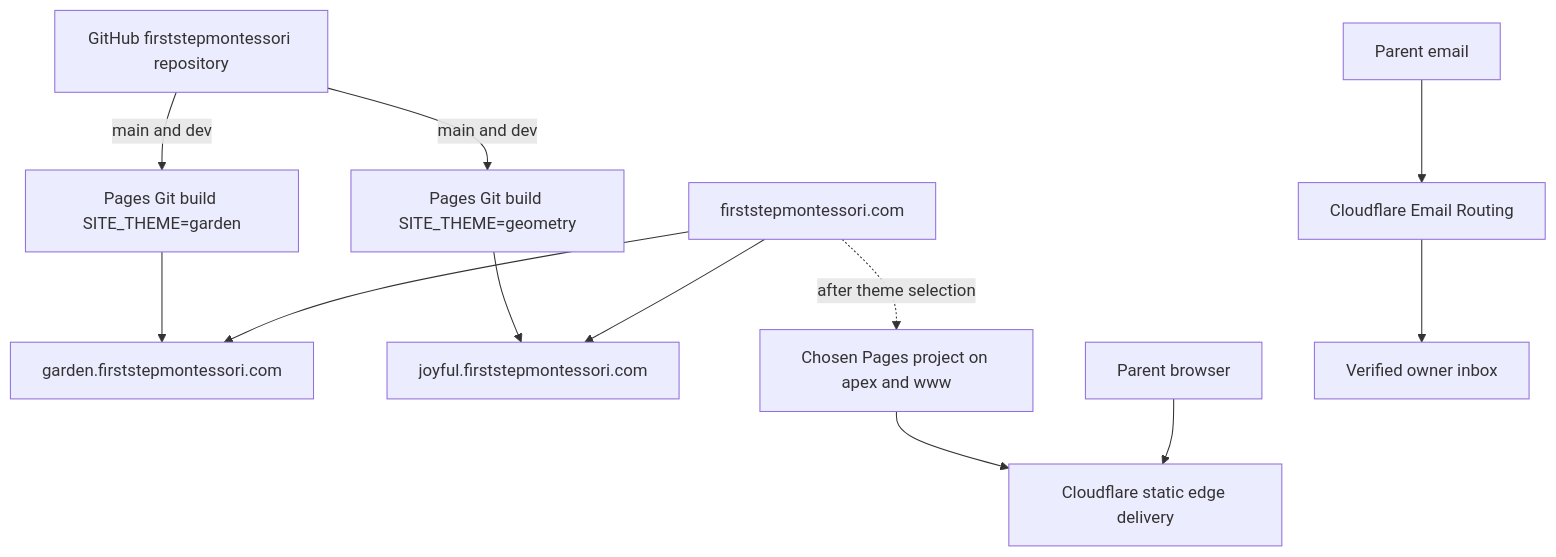
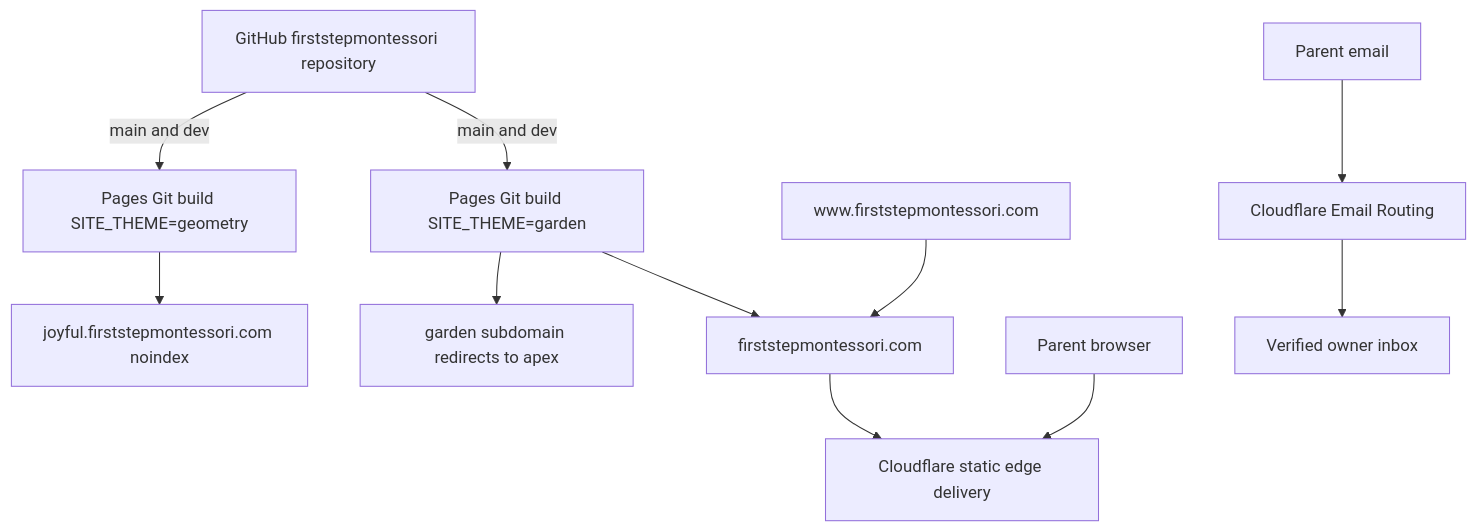
Before and after one commit to firststepmontessori/firststepmontessori: the diagram in docs/12-cloudflare-infrastructure.md, drawn with Mermaid. The commit also changed other lines of this file and 14 other files, not shown here.

Commit message:
seo: promote garden production contract

````diff
--- a/docs/12-cloudflare-infrastructure.md
+++ b/docs/12-cloudflare-infrastructure.md
@@ -10,15 +10,14 @@
 ```mermaid
 flowchart TB
     Repo[GitHub firststepmontessori repository]
     Repo -->|main and dev| GardenBuild[Pages Git build SITE_THEME=garden]
     Repo -->|main and dev| GeometryBuild[Pages Git build SITE_THEME=geometry]
-    GardenBuild --> Garden[garden.firststepmontessori.com]
-    GeometryBuild --> Geometry[joyful.firststepmontessori.com]
-    Domain[firststepmontessori.com] --> Garden
-    Domain --> Geometry
-    Domain -. after theme selection .-> Chosen[Chosen Pages project on apex and www]
-    Chosen --> Edge[Cloudflare static edge delivery]
+    GardenBuild --> Production[firststepmontessori.com]
+    GardenBuild --> GardenAlias[garden subdomain redirects to apex]
+    GeometryBuild --> Geometry[joyful.firststepmontessori.com noindex]
+    WWW[www.firststepmontessori.com] --> Production
+    Production --> Edge[Cloudflare static edge delivery]
     Browser[Parent browser] --> Edge
     Sender[Parent email] --> EmailRouting[Cloudflare Email Routing]
     EmailRouting --> Owner[Verified owner inbox]
 ```
````
